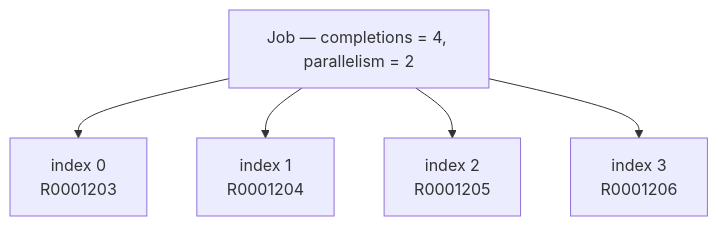
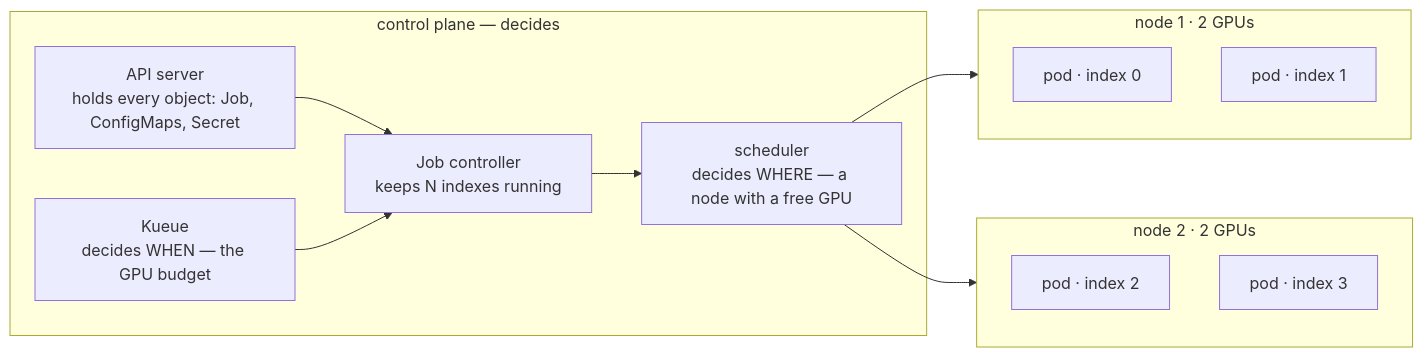
Before and after one commit to AI-Riksarkivet/htrflow-batch: the diagram in docs/slides/assets/part-1-from-one-folder-to-the-archive-3.mmd, drawn with Mermaid. The commit also changed 20 other files, not shown here.

```diff
--- a/docs/slides/assets/part-1-from-one-folder-to-the-archive-3.mmd
+++ b/docs/slides/assets/part-1-from-one-folder-to-the-archive-3.mmd
@@ -1,7 +1,19 @@
-flowchart TB
-  J["Job — completions = 4, parallelism = 2"]
-  A["index 0<br/>R0001203"]
-  Bx["index 1<br/>R0001204"]
-  C["index 2<br/>R0001205"]
-  D["index 3<br/>R0001206"]
-  J --> A & Bx & C & D
+flowchart LR
+  subgraph CP["control plane — decides"]
+    API["API server<br/>holds every object: Job, ConfigMaps, Secret"]
+    JC["Job controller<br/>keeps N indexes running"]
+    KQ["Kueue<br/>decides WHEN — the GPU budget"]
+    SCH["scheduler<br/>decides WHERE — a node with a free GPU"]
+  end
+  subgraph N1["node 1 · 2 GPUs"]
+    P0["pod · index 0"]
+    P1["pod · index 1"]
+  end
+  subgraph N2["node 2 · 2 GPUs"]
+    P2["pod · index 2"]
+    P3["pod · index 3"]
+  end
+  API --> JC --> SCH
+  KQ --> JC
+  SCH --> N1
+  SCH --> N2
```
